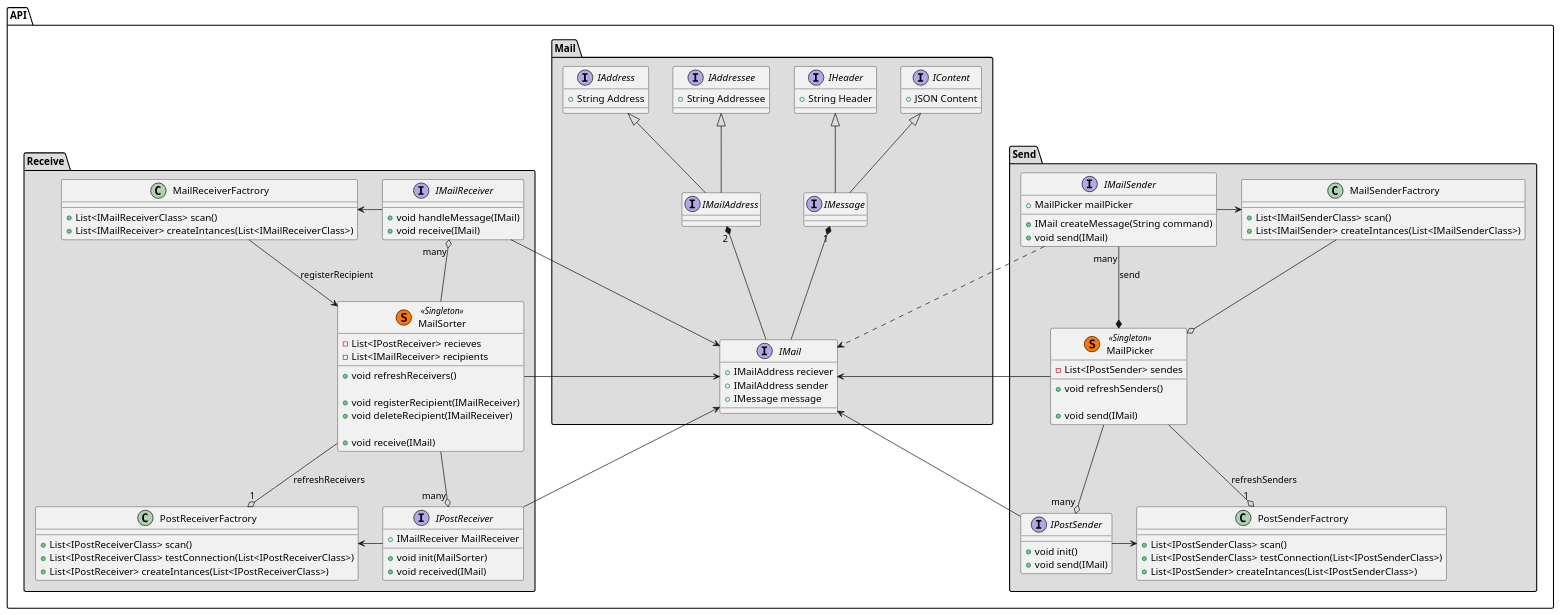
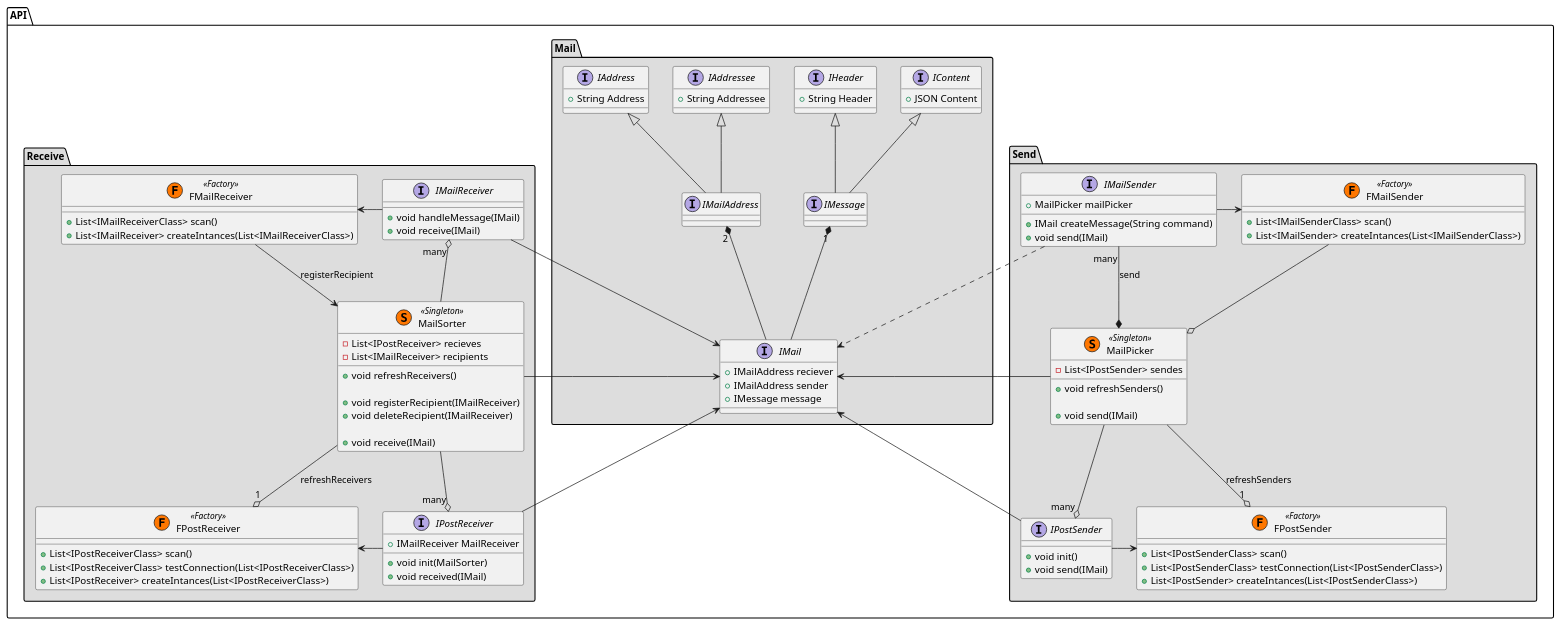
Before and after one commit to DenisGeek/soerbot: the diagram in src/API/Diagram/API.Core.Diagram.puml, drawn with PlantUML.

Commit message:
added Label <<Factory>> and FactoryClasses has been renamed

```diff
--- a/src/API/Diagram/API.Core.Diagram.puml
+++ b/src/API/Diagram/API.Core.Diagram.puml
@@ -1,151 +1,151 @@
 @startuml
 scale 1
 ' skinparam classAttributeIconSize 0
 
 namespace API.Mail #DDDDDD {
     IMailAddress "2" *-- IMail
     IMessage "1" *-- IMail
 
     IContent <|-- IMessage
     IHeader <|-- IMessage
     IAddressee <|-- IMailAddress
     IAddress <|-- IMailAddress
 
     interface IAddress
     {
         + String Address 
     }
     interface IAddressee
     {
         + String Addressee
     } 
 
     interface IMailAddress
     {
     }
 
     interface IHeader
     {
         + String Header 
     }
     interface IContent
     {
         + JSON Content
     }
     interface IMessage
     {
     }
     interface IMail
     {
         + IMailAddress reciever
         + IMailAddress sender
         + IMessage message
     }
 }
 
 namespace API.Send #DDDDDD {
     interface IMailSender
     {
         + MailPicker mailPicker
         + IMail createMessage(String command)
         + void send(IMail)
     }
     class MailPicker << (S,#FF7700) Singleton >>
     {
         - List<IPostSender> sendes
         + void refreshSenders()
 
         + void send(IMail)
     }
     interface IPostSender
     {
         + void init()
         + void send(IMail)
     }
-    class MailSenderFactrory
+    class FMailSender << (F,#FF7700) Factory >>
     {
         + List<IMailSenderClass> scan()
         + List<IMailSender> createIntances(List<IMailSenderClass>)
     }
-    class PostSenderFactrory
+    class FPostSender << (F,#FF7700) Factory >>
     {
         + List<IPostSenderClass> scan()
         + List<IPostSenderClass> testConnection(List<IPostSenderClass>)
         + List<IPostSender> createIntances(List<IPostSenderClass>)
     }
-    MailSenderFactrory --o MailPicker
-    MailSenderFactrory <- IMailSender
+    FMailSender --o MailPicker
+    FMailSender <- IMailSender
     IMailSender ..> API.Mail.IMail
     IMailSender "many" --* MailPicker :send
     MailPicker --> API.Mail.IMail
-    MailPicker --o "1" PostSenderFactrory :refreshSenders
+    MailPicker --o "1" FPostSender :refreshSenders
     MailPicker --o "many" IPostSender
     API.Mail.IMail <-- IPostSender
-    IPostSender -> PostSenderFactrory
+    IPostSender -> FPostSender
 }
 
 
 namespace API.Receive #DDDDDD {
     interface IMailReceiver
     {
         + void handleMessage(IMail)
         + void receive(IMail)
     }
     class MailSorter << (S,#FF7700) Singleton >>
     {
         - List<IPostReceiver> recieves
         - List<IMailReceiver> recipients
         + void refreshReceivers()
  
         + void registerRecipient(IMailReceiver)
         + void deleteRecipient(IMailReceiver)
 
        + void receive(IMail)
     }
     interface IPostReceiver
     {
         + IMailReceiver MailReceiver
         + void init(MailSorter)
         + void received(IMail)
     }
-    class MailReceiverFactrory
+    class FMailReceiver << (F,#FF7700) Factory >>
     {
         + List<IMailReceiverClass> scan()
         + List<IMailReceiver> createIntances(List<IMailReceiverClass>)
     }
-    class PostReceiverFactrory
+    class FPostReceiver << (F,#FF7700) Factory >>
     {
         + List<IPostReceiverClass> scan()
         + List<IPostReceiverClass> testConnection(List<IPostReceiverClass>)
         + List<IPostReceiver> createIntances(List<IPostReceiverClass>)
     }
-    MailReceiverFactrory --> MailSorter : registerRecipient
-    IMailReceiver -> MailReceiverFactrory
+    FMailReceiver --> MailSorter : registerRecipient
+    IMailReceiver -> FMailReceiver
     IMailReceiver --> API.Mail.IMail
     IMailReceiver "many" o-- MailSorter
     MailSorter --> API.Mail.IMail
-    MailSorter --o "1" PostReceiverFactrory : refreshReceivers
+    MailSorter --o "1" FPostReceiver : refreshReceivers
     MailSorter --o "many" IPostReceiver
     API.Mail.IMail <-- IPostReceiver
-    IPostReceiver -> PostReceiverFactrory
+    IPostReceiver -> FPostReceiver
 }
 
 
 
 
 
 
 
 ' interface IMailHandler
 ' {
 ' }
 ' IMailHandler <|-- IMailReceiver
 ' IMailHandler <|-- IMailSender
 
 ' interface IPostHandler
 ' {
 ' }
 ' IPostReceiver --|> IPostHandler
 ' IPostSender  --|> IPostHandler
 
 @enduml
```
